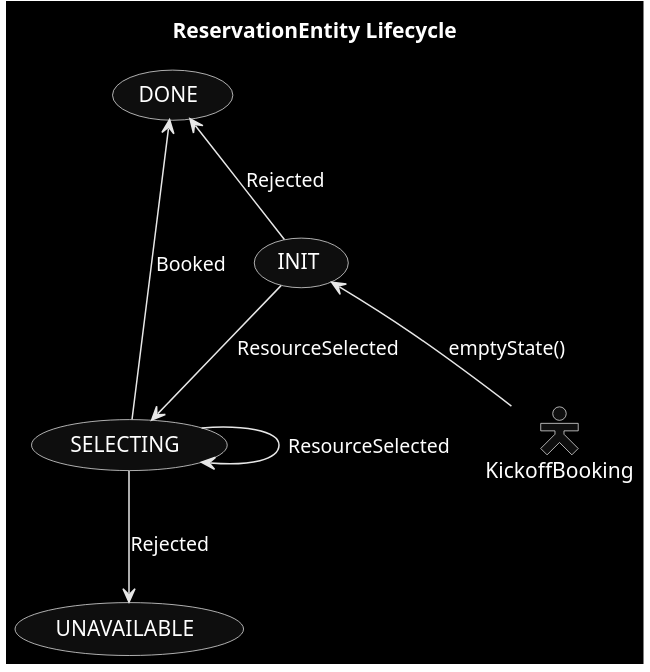
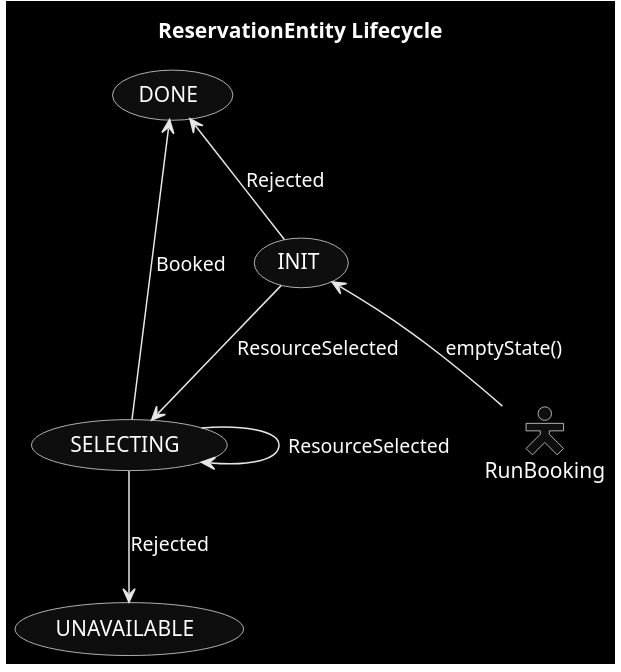
One commit to max8github/rez changed the diagram in facility/docs/fsm.puml. Above: the diagram before and after it, drawn with PlantUML. The commit also changed 5 other files, not shown here.

```diff
--- a/facility/docs/fsm.puml
+++ b/facility/docs/fsm.puml
@@ -1,12 +1,12 @@
 @startuml
 skinparam monochrome reverse
 skinparam actorStyle hollow
 
 title ReservationEntity Lifecycle
-KickoffBooking -up-> (INIT): emptyState()
+RunBooking -up-> (INIT): emptyState()
 (INIT) --> (SELECTING): ResourceSelected
 (SELECTING) --> (SELECTING): ResourceSelected
 (DONE) <-down- (INIT): Rejected
 (DONE) <-- (SELECTING): Booked
 (UNAVAILABLE) <-up- (SELECTING): Rejected
 @enduml
```
